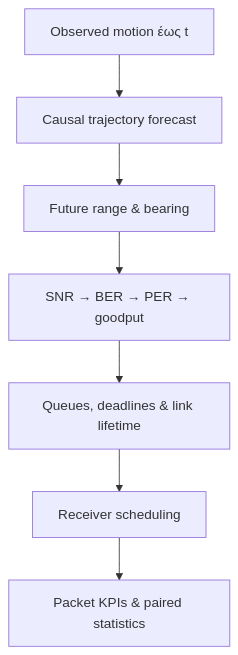
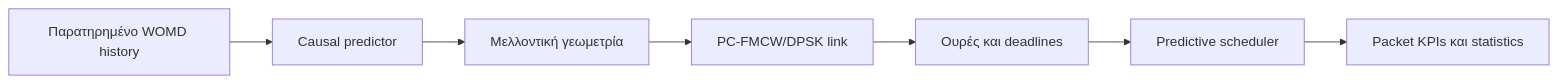
One commit to panagiotagrosdouli/idea changed the diagram in README_GR.md. Above: the diagram before and after it, drawn with Mermaid. The commit also changed other lines of this file and 37 other files, not shown here.

````diff
--- a/README_GR.md
+++ b/README_GR.md
@@ -55,9 +24,9 @@
 ```mermaid
-flowchart TD
-    A["Observed motion έως t"] --> B["Causal trajectory forecast"]
-    B --> C["Future range & bearing"]
-    C --> D["SNR → BER → PER → goodput"]
-    D --> E["Queues, deadlines & link lifetime"]
-    E --> F["Receiver scheduling"]
-    F --> G["Packet KPIs & paired statistics"]
+flowchart LR
+    A["Παρατηρημένο WOMD history"] --> B["Causal predictor"]
+    B --> C["Μελλοντική γεωμετρία"]
+    C --> D["PC-FMCW/DPSK link"]
+    D --> E["Ουρές και deadlines"]
+    E --> F["Predictive scheduler"]
+    F --> G["Packet KPIs και statistics"]
 ```
````
